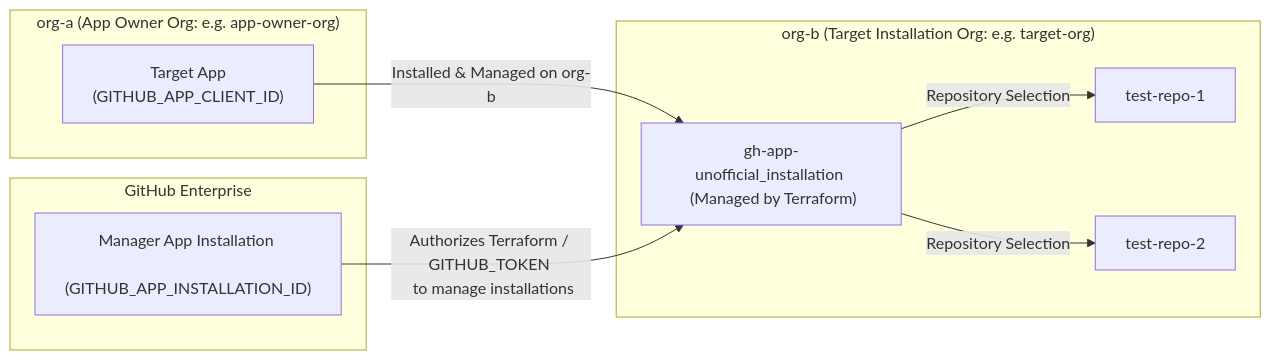
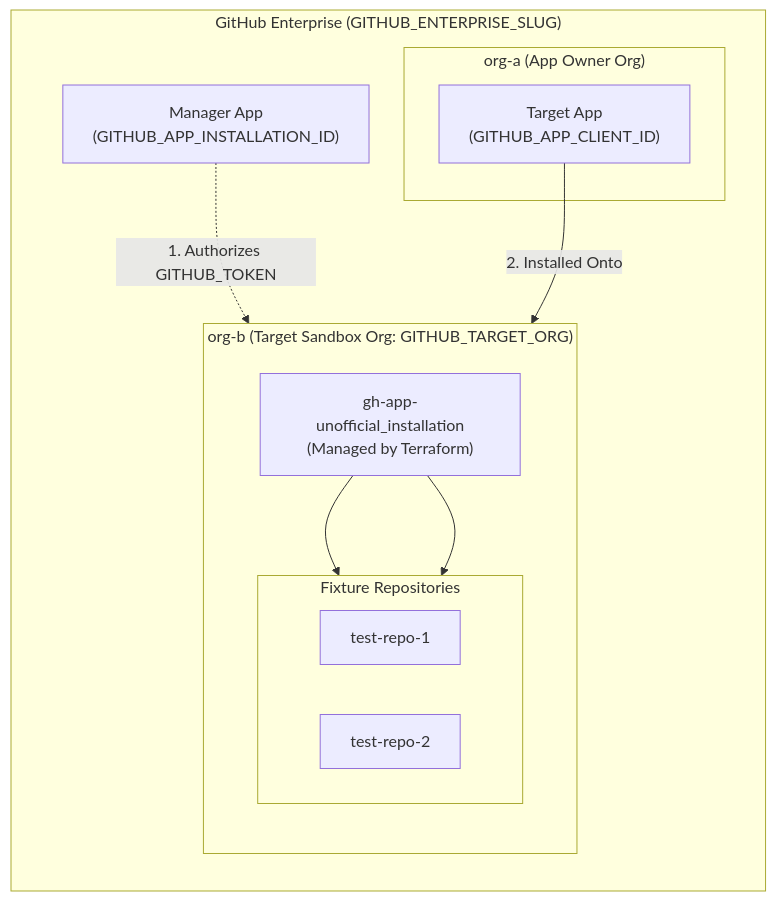
One commit to google/terraform-provider-gh-app-unofficial changed the first of 2 diagrams in DEVELOPMENT.md. Above: the diagram before and after it, drawn with Mermaid. The commit also changed 1 other file, not shown here.

Commit message:
docs: provider motivation

````diff
--- a/DEVELOPMENT.md
+++ b/DEVELOPMENT.md
@@ -47,21 +47,29 @@
 ```mermaid
-graph LR
-    subgraph ORG_A ["org-a (App Owner Org: e.g. app-owner-org)"]
-        T_APP["Target App <br/> (GITHUB_APP_CLIENT_ID)"]
+flowchart TD
+    subgraph Enterprise ["GitHub Enterprise (GITHUB_ENTERPRISE_SLUG)"]
+        direction TB
+
+        M_INST["Manager App<br/>(GITHUB_APP_INSTALLATION_ID)"]
+
+        subgraph ORG_A ["org-a (App Owner Org)"]
+            T_APP["Target App<br/>(GITHUB_APP_CLIENT_ID)"]
+        end
+
+        subgraph ORG_B ["org-b (Target Sandbox Org: GITHUB_TARGET_ORG)"]
+            direction TB
+            INST["gh-app-unofficial_installation<br/>(Managed by Terraform)"]
+            
+            subgraph Repos ["Fixture Repositories"]
+                direction LR
+                TR1["test-repo-1"]
+                TR2["test-repo-2"]
+            end
+
+            INST --> TR1
+            INST --> TR2
+        end
+
+        M_INST -.->|"1. Authorizes GITHUB_TOKEN"| INST
+        T_APP -->|"2. Installed Onto"| INST
     end
-
-    subgraph ENT ["GitHub Enterprise"]
-        M_INST["Manager App Installation <br/> (GITHUB_APP_INSTALLATION_ID)"]
-    end
-
-    subgraph ORG_B ["org-b (Target Installation Org: e.g. target-org)"]
-        INST["gh-app-unofficial_installation <br/> (Managed by Terraform)"]
-        TR1["test-repo-1"]
-        TR2["test-repo-2"]
-    end
-
-    T_APP -->|"Installed & Managed on org-b"| INST
-    INST -->|"Repository Selection"| TR1
-    INST -->|"Repository Selection"| TR2
-    M_INST -->|"Authorizes Terraform / GITHUB_TOKEN <br/> to manage installations"| INST
 ```
````
